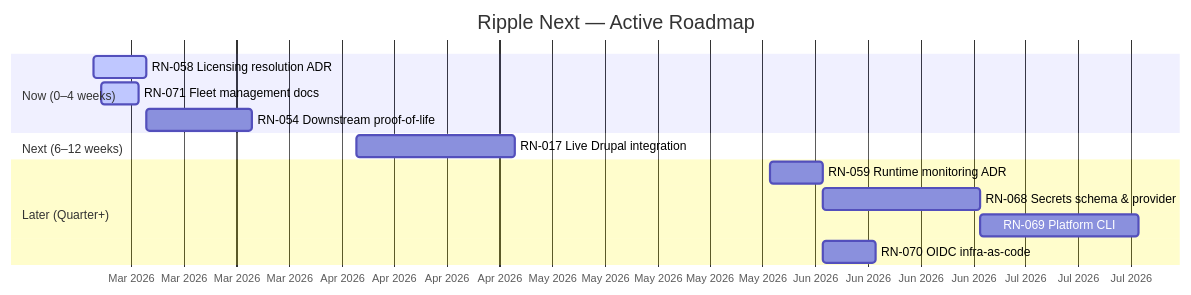
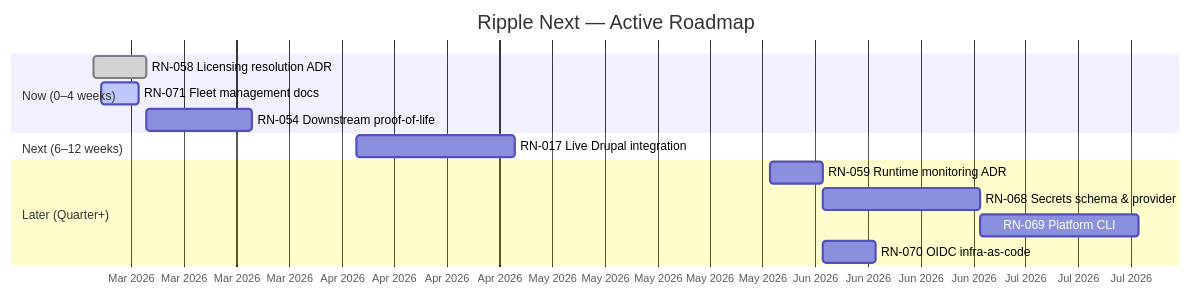
Before and after one commit to jbejenar/ripple-next: the diagram in docs/product-roadmap/README.md, drawn with Mermaid. The commit also changed other lines of this file and 17 other files, not shown here.

````diff
--- a/docs/product-roadmap/README.md
+++ b/docs/product-roadmap/README.md
@@ -16,20 +16,20 @@
 ```mermaid
 gantt
     title Ripple Next — Active Roadmap
     dateFormat YYYY-MM-DD
     axisFormat %b %Y
 
     section Now (0–4 weeks)
-    RN-058 Licensing resolution ADR        :active, rn058, 2026-03-03, 7d
+    RN-058 Licensing resolution ADR        :done, rn058, 2026-03-03, 7d
     RN-071 Fleet management docs           :active, rn071, 2026-03-04, 5d
     RN-054 Downstream proof-of-life        :rn054, 2026-03-10, 14d
 
     section Next (6–12 weeks)
     RN-017 Live Drupal integration         :rn017, 2026-04-07, 21d
 
     section Later (Quarter+)
     RN-059 Runtime monitoring ADR          :rn059, 2026-06-01, 7d
     RN-068 Secrets schema & provider       :rn068, 2026-06-08, 21d
     RN-069 Platform CLI                    :rn069, after rn068, 21d
     RN-070 OIDC infra-as-code              :rn070, 2026-06-08, 7d
 ```
````
